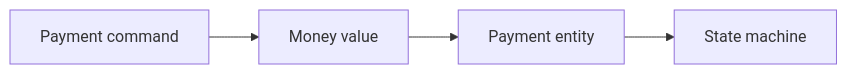
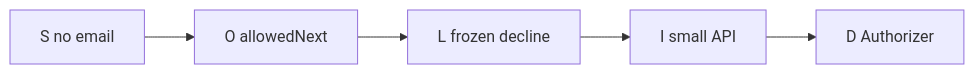
The diagram in Advanced-Enterprise-Java-Engineering/diagrams/java/AEJE-D-002.source.md (bayareala8s/training), drawn with Mermaid before and after one commit. The commit also changed 13 other files, not shown here.

````diff
--- a/Advanced-Enterprise-Java-Engineering/diagrams/java/AEJE-D-002.source.md
+++ b/Advanced-Enterprise-Java-Engineering/diagrams/java/AEJE-D-002.source.md
@@ -8,6 +8,7 @@
 ```mermaid
 flowchart LR
-  Cmd[Payment command] --> Money[Money value]
-  Money --> Payment[Payment entity]
-  Payment --> SM[State machine]
+  S[S no email] --> O[O allowedNext]
+  O --> L[L frozen decline]
+  L --> I[I small API]
+  I --> D[D Authorizer]
 ```
````
